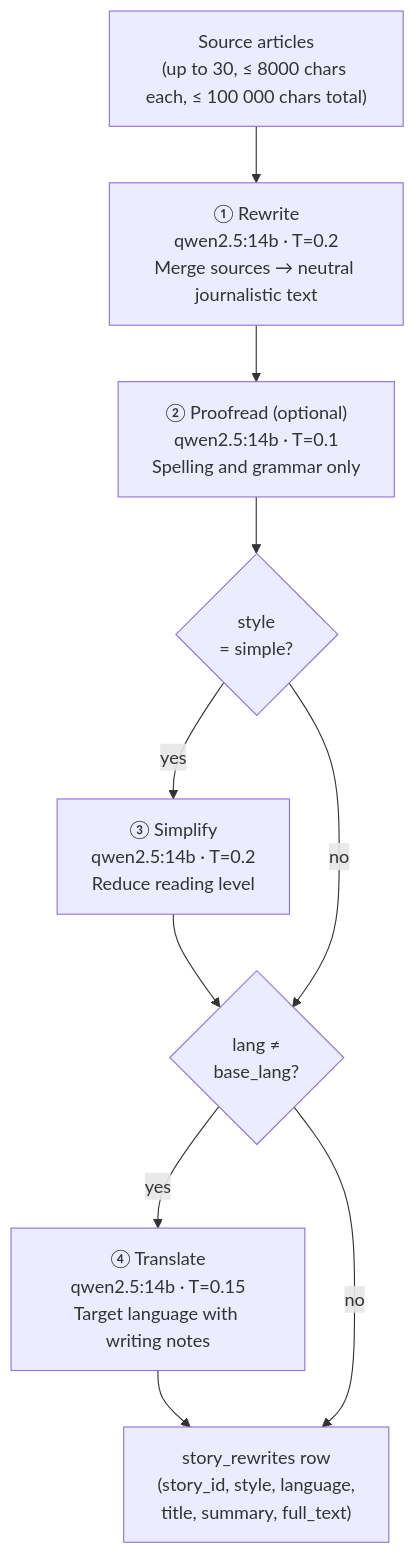
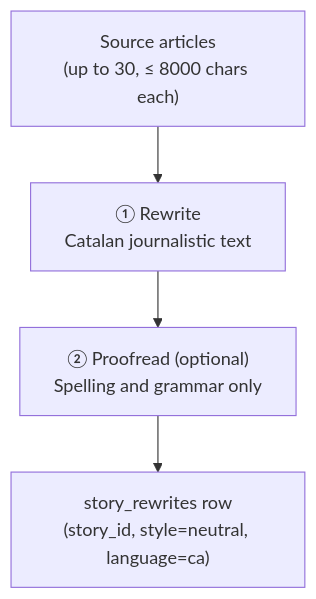
Before and after one commit to etorhub/dossier: the third of 3 diagrams in docs/PIPELINE.md, drawn with Mermaid. The commit also changed other lines of this file and 19 other files, not shown here.

First line of the commit message:
docs: align hosting and pipeline docs with Modal-first architecture (#60)

````diff
--- a/docs/PIPELINE.md
+++ b/docs/PIPELINE.md
@@ -255,17 +253,13 @@
 ```mermaid
 flowchart TD
-    SRC["Source articles\n(up to 30, ≤ 8000 chars each, ≤ 100 000 chars total)"]
-    R["① Rewrite\nqwen2.5:14b · T=0.2\nMerge sources → neutral journalistic text"]
-    P["② Proofread  (optional)\nqwen2.5:14b · T=0.1\nSpelling and grammar only"]
-    S{"style\n= simple?"}
-    SIM["③ Simplify\nqwen2.5:14b · T=0.2\nReduce reading level"]
-    TR{"lang ≠\nbase_lang?"}
-    TRL["④ Translate\nqwen2.5:14b · T=0.15\nTarget language with writing notes"]
-    OUT["story_rewrites row\n(story_id, style, language,\ntitle, summary, full_text)"]
+    SRC["Source articles
+(up to 30, ≤ 8000 chars each)"]
+    R["① Rewrite
+Catalan journalistic text"]
+    P["② Proofread  (optional)
+Spelling and grammar only"]
+    OUT["story_rewrites row
+(story_id, style=neutral, language=ca)"]
 
-    SRC --> R --> P --> S
-    S -->|"yes"| SIM --> TR
-    S -->|"no"| TR
-    TR -->|"yes"| TRL --> OUT
-    TR -->|"no"| OUT
+    SRC --> R --> P --> OUT
 ```
````
